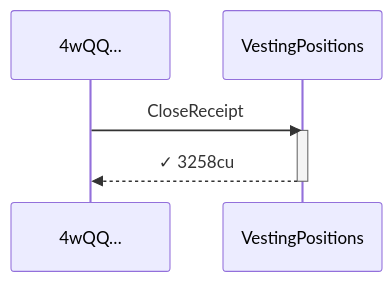
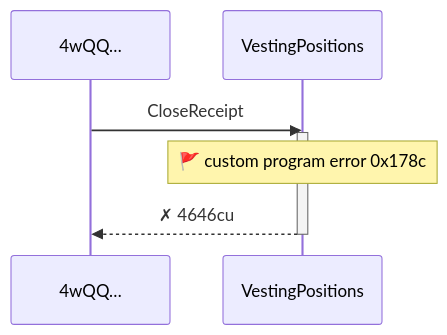
Before and after one commit to cds-turbin3/vesting-position: the first of 3 diagrams in babelfish-tests/test-report/close_receipt_fails_while_campaign_active.md, drawn with Mermaid. The commit also changed other lines of this file and 50 other files, not shown here.

````diff
--- a/babelfish-tests/test-report/close_receipt_fails_while_campaign_active.md
+++ b/babelfish-tests/test-report/close_receipt_fails_while_campaign_active.md
@@ -5,9 +5,10 @@
 ```mermaid
 sequenceDiagram
     participant p0 as 4wQQ…
     participant p1 as VestingPositions
     p0->>p1: CloseReceipt
     activate p1
-    p1-->>p0: ✓ 3258cu
+    note over p1: 🚩 custom program error  0x178c
+    p1-->>p0: ✗ 4646cu
     deactivate p1
 ```
````
